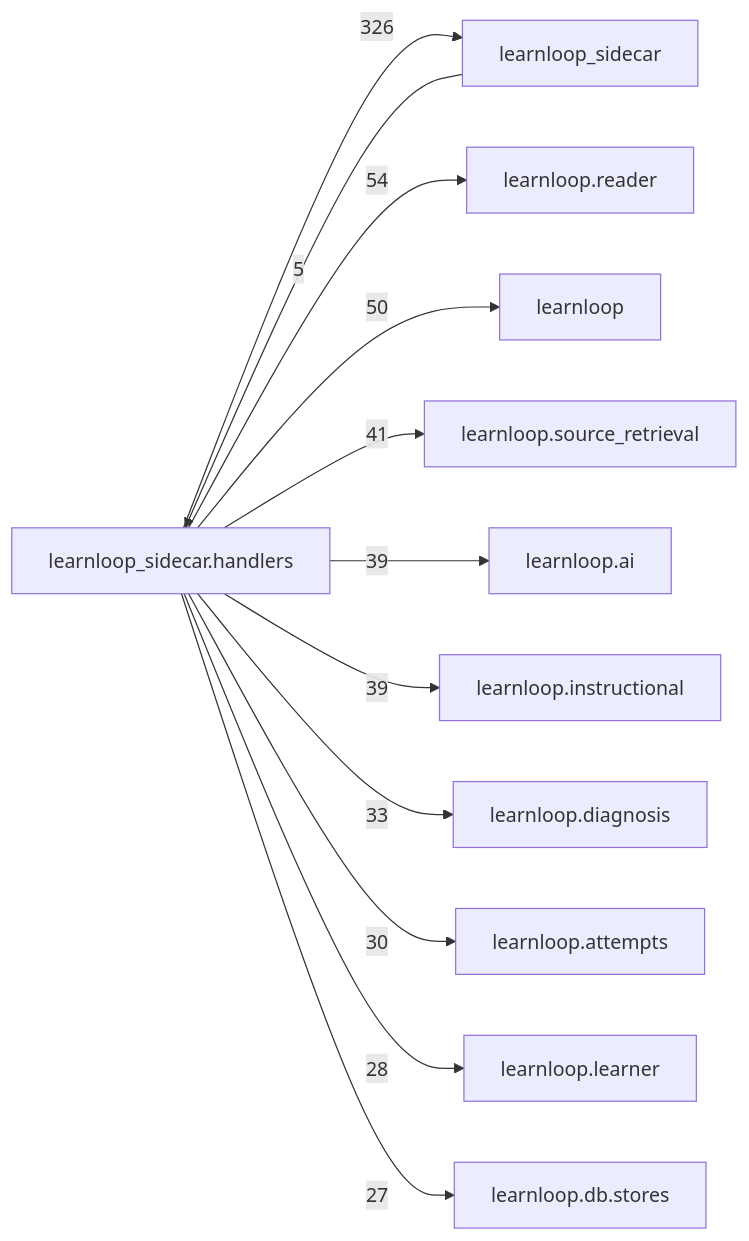
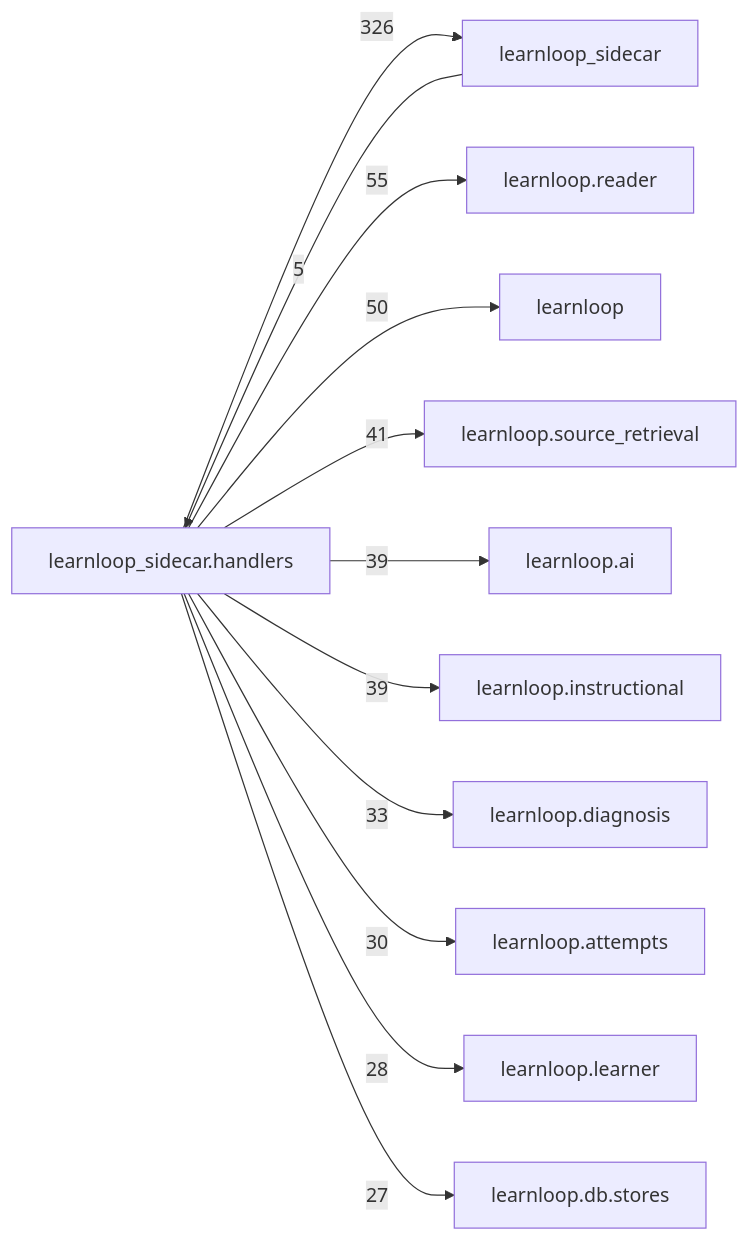
One commit to 6up-b/learnanything changed the diagram in docs/learnloop-architecture-vault/Reference/Modules/learnloop_sidecar/handlers/_package.md. Above: the diagram before and after it, drawn with Mermaid. The commit also changed other lines of this file and 37 other files, not shown here.

````diff
--- a/docs/learnloop-architecture-vault/Reference/Modules/learnloop_sidecar/handlers/_package.md
+++ b/docs/learnloop-architecture-vault/Reference/Modules/learnloop_sidecar/handlers/_package.md
@@ -260,25 +260,25 @@
 ```mermaid
 flowchart LR
     center["learnloop_sidecar.handlers"]
     n_learnloop_sidecar["learnloop_sidecar"]
     n_learnloop_reader["learnloop.reader"]
     n_learnloop["learnloop"]
     n_learnloop_source_retrieval["learnloop.source_retrieval"]
     n_learnloop_ai["learnloop.ai"]
     n_learnloop_instructional["learnloop.instructional"]
     n_learnloop_diagnosis["learnloop.diagnosis"]
     n_learnloop_attempts["learnloop.attempts"]
     n_learnloop_learner["learnloop.learner"]
     n_learnloop_db_stores["learnloop.db.stores"]
     n_learnloop_sidecar -->|5| center
     center -->|326| n_learnloop_sidecar
-    center -->|54| n_learnloop_reader
+    center -->|55| n_learnloop_reader
     center -->|50| n_learnloop
     center -->|41| n_learnloop_source_retrieval
     center -->|39| n_learnloop_ai
     center -->|39| n_learnloop_instructional
     center -->|33| n_learnloop_diagnosis
     center -->|30| n_learnloop_attempts
     center -->|28| n_learnloop_learner
     center -->|27| n_learnloop_db_stores
 ```
````
